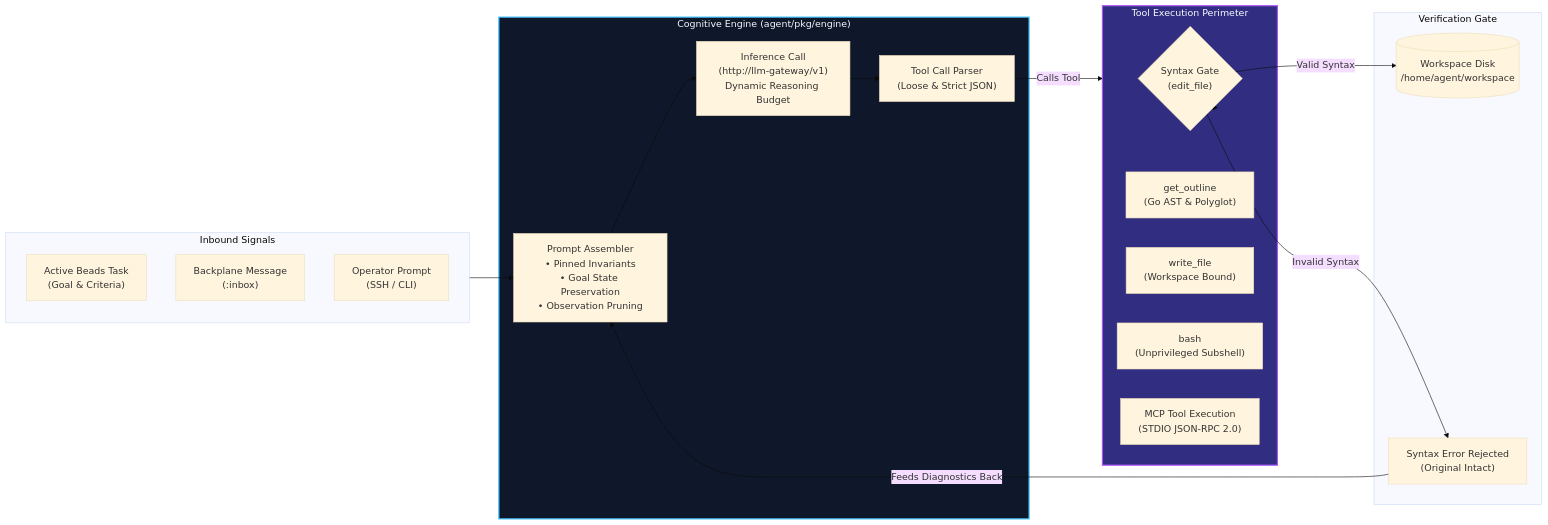
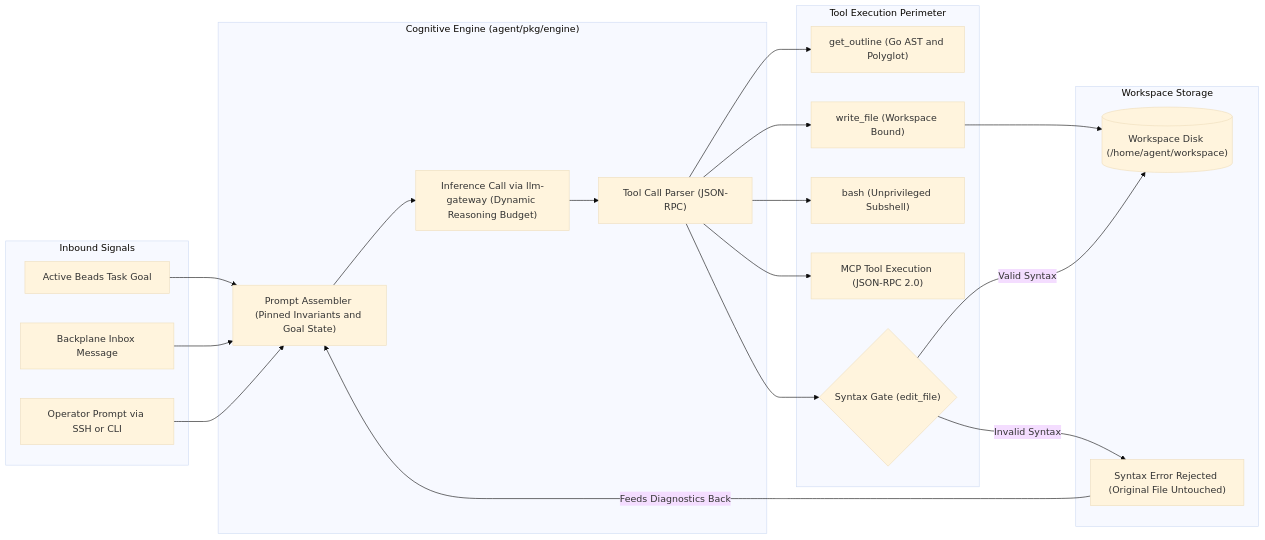
One commit to boggycreek/fleet changed the third of 5 diagrams in doc/infographics/fleet-architecture-overview.md. Above: the diagram before and after it, drawn with Mermaid (base theme). The commit also changed other lines of this file, not shown here.

Commit message:
fix(docs): resolve Mermaid syntax errors in visual architecture infographic

````diff
--- a/doc/infographics/fleet-architecture-overview.md
+++ b/doc/infographics/fleet-architecture-overview.md
@@ -119,42 +92,44 @@
 ```mermaid
 flowchart LR
     subgraph Inputs["Inbound Signals"]
-        TaskGoal["Active Beads Task\n(Goal & Criteria)"]
-        BackplaneMsg["Backplane Message\n(<peer>:inbox)"]
-        OperatorCmd["Operator Prompt\n(SSH / CLI)"]
+        TaskGoal["Active Beads Task Goal"]
+        BackplaneMsg["Backplane Inbox Message"]
+        OperatorCmd["Operator Prompt via SSH or CLI"]
     end
 
     subgraph CognitiveCore["Cognitive Engine (agent/pkg/engine)"]
-        PromptAssembler["Prompt Assembler\n• Pinned Invariants\n• Goal State Preservation\n• Observation Pruning"]
-        LLMQuery["Inference Call\n(http://llm-gateway/v1)\nDynamic Reasoning Budget"]
-        OutputParser["Tool Call Parser\n(Loose & Strict JSON)"]
+        PromptAssembler["Prompt Assembler (Pinned Invariants and Goal State)"]
+        LLMQuery["Inference Call via llm-gateway (Dynamic Reasoning Budget)"]
+        OutputParser["Tool Call Parser (JSON-RPC)"]
     end
 
-    subgraph ToolPerimeter["Tool Execution Perimeter"]
-        ASTGate{"Syntax Gate\n(edit_file)"}
-        OutlineTool["get_outline\n(Go AST & Polyglot)"]
-        WriteTool["write_file\n(Workspace Bound)"]
-        BashTool["bash\n(Unprivileged Subshell)"]
-        MCPCall["MCP Tool Execution\n(STDIO JSON-RPC 2.0)"]
+    subgraph ExecutionPerimeter["Tool Execution Perimeter"]
+        ASTGate{"Syntax Gate (edit_file)"}
+        OutlineTool["get_outline (Go AST and Polyglot)"]
+        WriteTool["write_file (Workspace Bound)"]
+        BashTool["bash (Unprivileged Subshell)"]
+        MCPCall["MCP Tool Execution (JSON-RPC 2.0)"]
     end
 
-    subgraph Verification["Verification Gate"]
-        DiskWrite[("Workspace Disk\n/home/agent/workspace")]
-        RejectSyntax["Syntax Error Rejected\n(Original Intact)"]
+    subgraph Storage["Workspace Storage"]
+        DiskWrite[("Workspace Disk (/home/agent/workspace)")]
+        RejectSyntax["Syntax Error Rejected (Original File Untouched)"]
     end
 
-    Inputs --> PromptAssembler
+    TaskGoal --> PromptAssembler
+    BackplaneMsg --> PromptAssembler
+    OperatorCmd --> PromptAssembler
     PromptAssembler --> LLMQuery
     LLMQuery --> OutputParser
-    OutputParser -->|Calls Tool| ToolPerimeter
 
-    ToolPerimeter --> ASTGate
+    OutputParser --> OutlineTool
+    OutputParser --> WriteTool
+    OutputParser --> BashTool
+    OutputParser --> MCPCall
+    OutputParser --> ASTGate
+
     ASTGate -->|Valid Syntax| DiskWrite
     ASTGate -->|Invalid Syntax| RejectSyntax
     RejectSyntax -->|Feeds Diagnostics Back| PromptAssembler
-
-    classDef core fill:#0f172a,stroke:#38bdf8,stroke-width:2px,color:#f8fafc;
-    classDef gate fill:#312e81,stroke:#a855f7,stroke-width:2px,color:#f8fafc;
-    class CognitiveCore core;
-    class ToolPerimeter gate;
+    WriteTool --> DiskWrite
 ```
````
